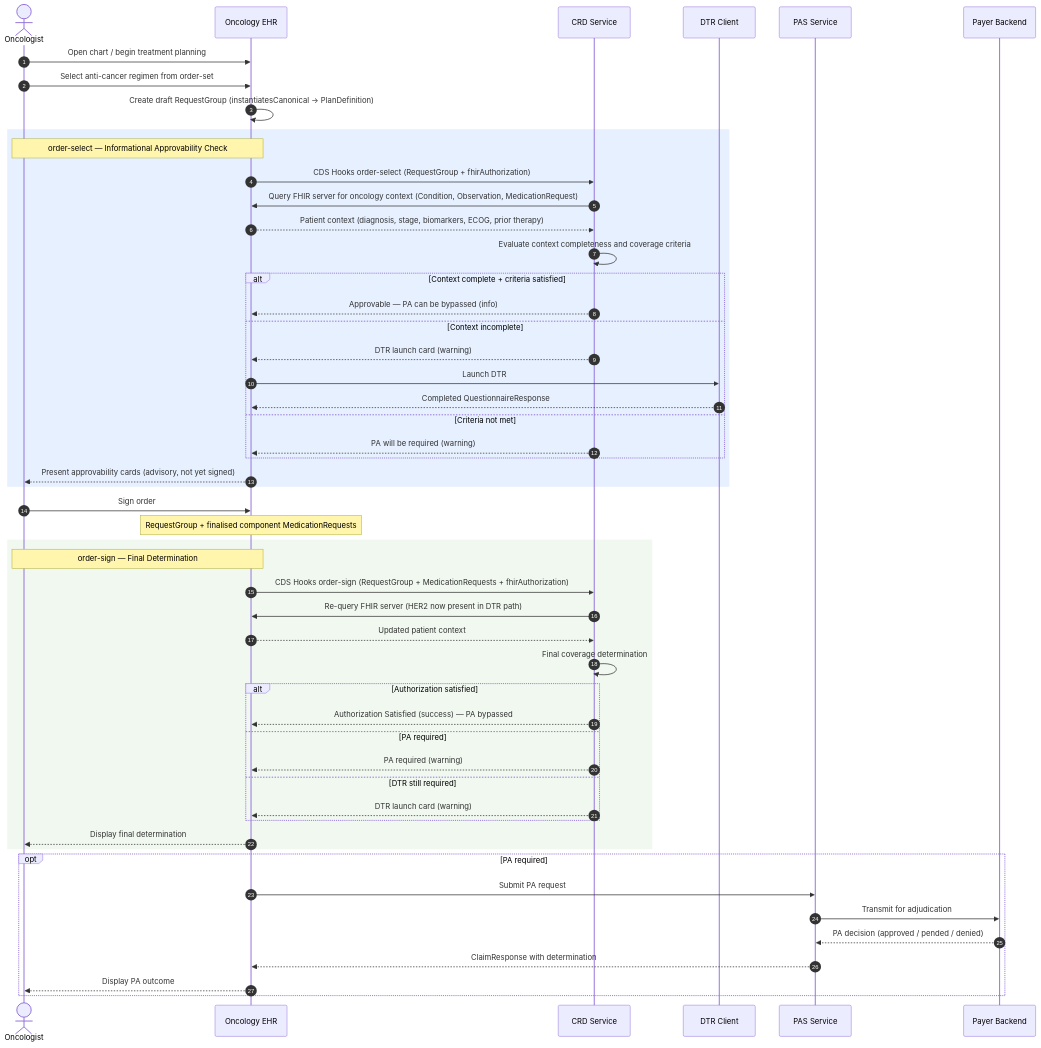
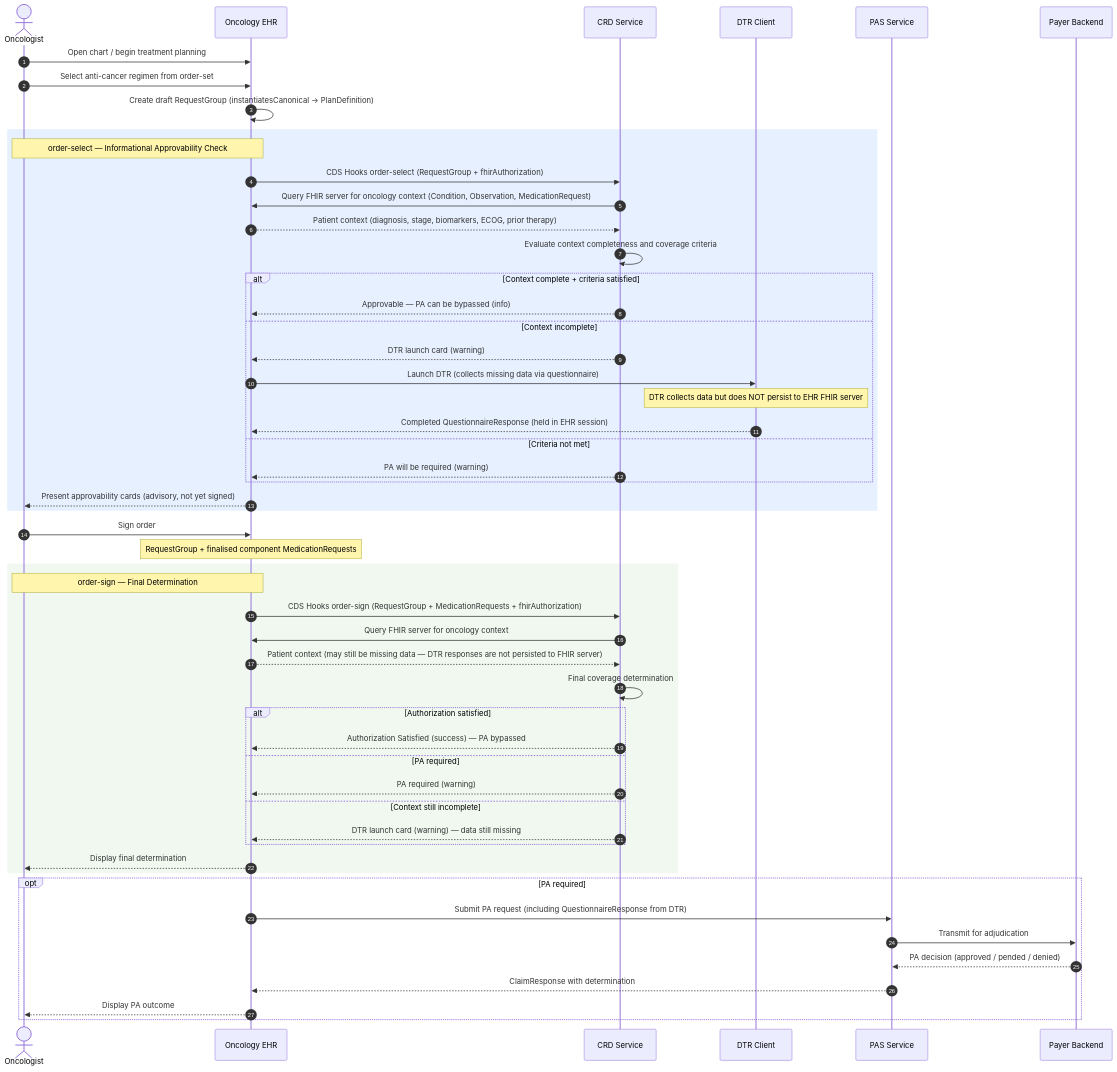
Before and after one commit to reason-healthcare/hl7-codex-mopa: the diagram in input/images/ogca-workflow.mermaid, drawn with Mermaid. The commit also changed 10 other files, not shown here.

```diff
--- a/input/images/ogca-workflow.mermaid
+++ b/input/images/ogca-workflow.mermaid
@@ -1,62 +1,63 @@
 %%{init: {'sequence': {'htmlLabels': false}}}%%
 sequenceDiagram
   autonumber
   actor Oncologist
   participant EHR as Oncology EHR
   participant CRD as CRD Service
   participant DTR as DTR Client
   participant PAS as PAS Service
   participant Payer as Payer Backend
 
   Oncologist->>EHR: Open chart / begin treatment planning
   Oncologist->>EHR: Select anti-cancer regimen from order-set
   EHR->>EHR: Create draft RequestGroup (instantiatesCanonical → PlanDefinition)
 
   rect rgb(230, 240, 255)
     Note over Oncologist,EHR: order-select — Informational Approvability Check
     EHR->>CRD: CDS Hooks order-select (RequestGroup + fhirAuthorization)
     CRD->>EHR: Query FHIR server for oncology context (Condition, Observation, MedicationRequest)
     EHR-->>CRD: Patient context (diagnosis, stage, biomarkers, ECOG, prior therapy)
     CRD->>CRD: Evaluate context completeness and coverage criteria
 
     alt Context complete + criteria satisfied
       CRD-->>EHR: Approvable — PA can be bypassed (info)
     else Context incomplete
       CRD-->>EHR: DTR launch card (warning)
-      EHR->>DTR: Launch DTR
-      DTR-->>EHR: Completed QuestionnaireResponse
+      EHR->>DTR: Launch DTR (collects missing data via questionnaire)
+      Note over DTR: DTR collects data but does NOT persist to EHR FHIR server
+      DTR-->>EHR: Completed QuestionnaireResponse (held in EHR session)
     else Criteria not met
       CRD-->>EHR: PA will be required (warning)
     end
 
     EHR-->>Oncologist: Present approvability cards (advisory, not yet signed)
   end
 
   Oncologist->>EHR: Sign order
   Note over EHR: RequestGroup + finalised component MedicationRequests
 
   rect rgb(240, 248, 240)
     Note over Oncologist,EHR: order-sign — Final Determination
     EHR->>CRD: CDS Hooks order-sign (RequestGroup + MedicationRequests + fhirAuthorization)
-    CRD->>EHR: Re-query FHIR server (HER2 now present in DTR path)
-    EHR-->>CRD: Updated patient context
+    CRD->>EHR: Query FHIR server for oncology context
+    EHR-->>CRD: Patient context (may still be missing data — DTR responses are not persisted to FHIR server)
     CRD->>CRD: Final coverage determination
 
     alt Authorization satisfied
       CRD-->>EHR: Authorization Satisfied (success) — PA bypassed
     else PA required
       CRD-->>EHR: PA required (warning)
-    else DTR still required
-      CRD-->>EHR: DTR launch card (warning)
+    else Context still incomplete
+      CRD-->>EHR: DTR launch card (warning) — data still missing
     end
 
     EHR-->>Oncologist: Display final determination
   end
 
   opt PA required
-    EHR->>PAS: Submit PA request
+    EHR->>PAS: Submit PA request (including QuestionnaireResponse from DTR)
     PAS->>Payer: Transmit for adjudication
     Payer-->>PAS: PA decision (approved / pended / denied)
     PAS-->>EHR: ClaimResponse with determination
     EHR-->>Oncologist: Display PA outcome
   end
```
